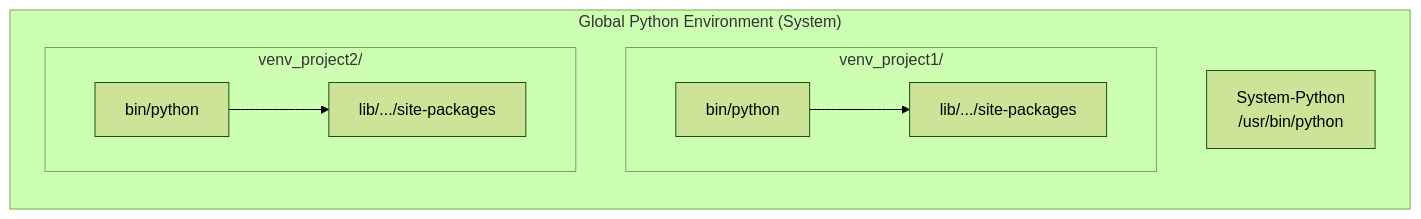
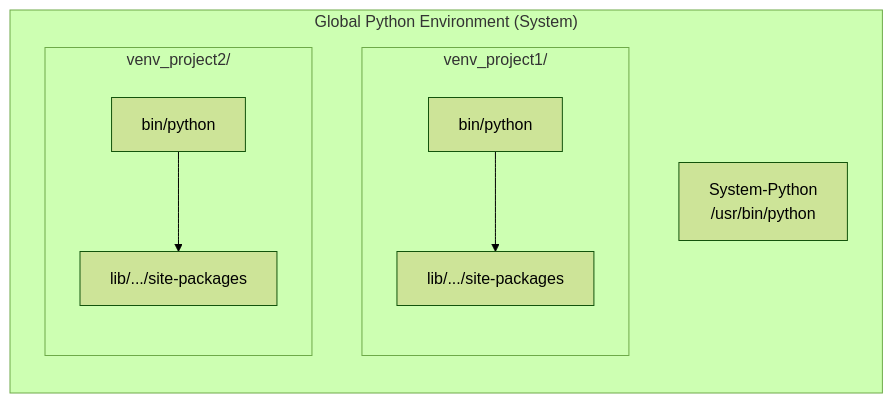
The first of 3 diagrams in source/python/section/venv.md (TobiasReichart/SimpleScience), drawn with Mermaid (forest theme) before and after one commit. The commit also changed other lines of this file and 12 other files, not shown here.

Commit message:
Enhance Sphinx documentation with new sections on mathematics, code, layout, and navigation; improve Mermaid initialization and add local MathJax integration.

```diff
--- a/source/python/section/venv.md
+++ b/source/python/section/venv.md
@@ -13,16 +13,18 @@
 <div class="mermaid">
 flowchart LR
   subgraph SYS["Global Python Environment (System)"]
     PY[System-Python<br/>/usr/bin/python]
     subgraph V1["venv_project1/"]
+      direction TB
       P1[bin/python]
       S1[lib/.../site-packages]
       P1 --> S1
     end
     subgraph V2["venv_project2/"]
+      direction TB
       P2[bin/python]
       S2[lib/.../site-packages]
       P2 --> S2
     end
   end
 </div>
```
